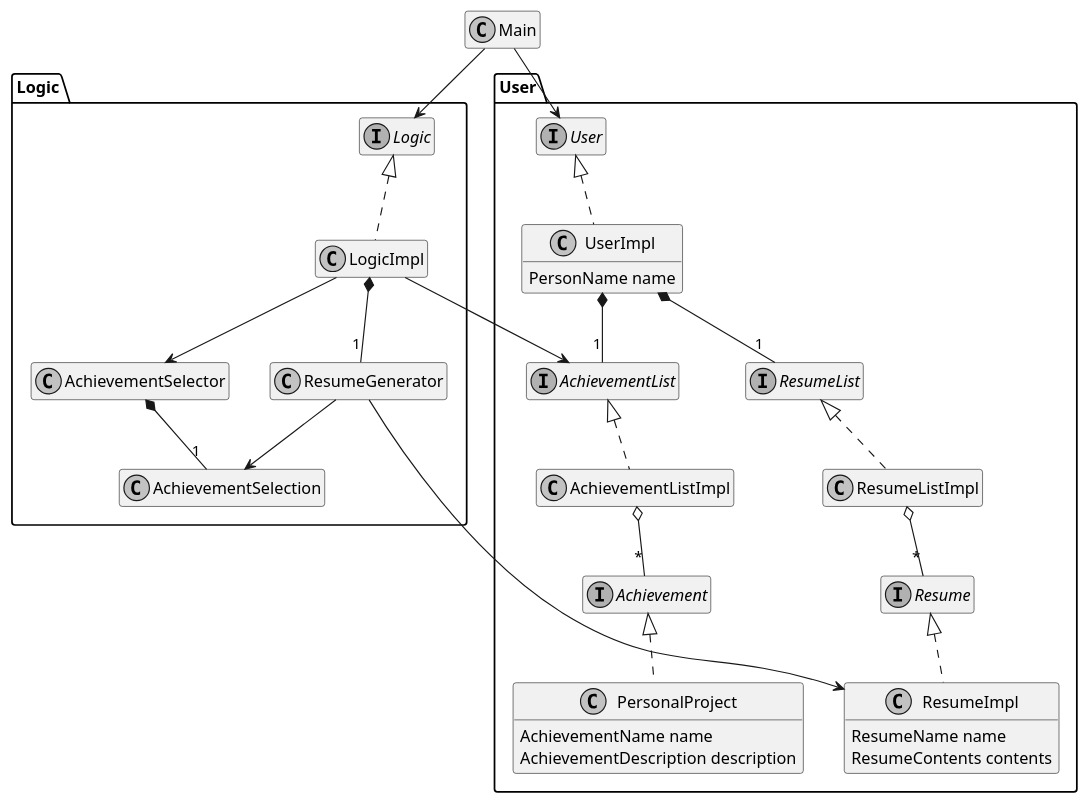
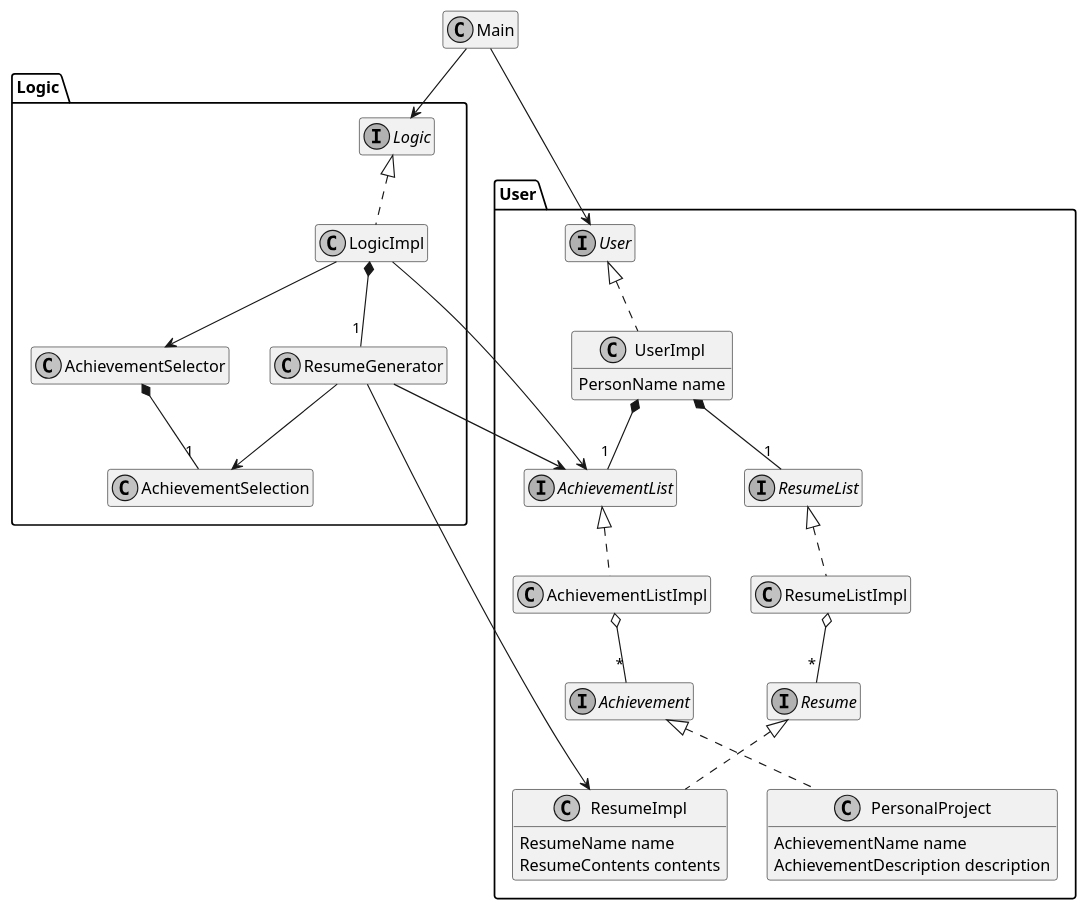
One commit to marckysan/ResuMe changed the diagram in docs/diagrams/BackendClassDiagram.puml. Above: the diagram before and after it, drawn with PlantUML. The commit also changed 8 other files, not shown here.

Commit message:
Implement getters for AchievementList

```diff
--- a/docs/diagrams/BackendClassDiagram.puml
+++ b/docs/diagrams/BackendClassDiagram.puml
@@ -1,63 +1,64 @@
 @startuml
 
 skinparam monochrome true
 hide empty members
 
 class Main
 Main --> Logic.Logic
 Main --> User.User
 
 namespace Logic {
 
 interface Logic
 class LogicImpl
 Logic <|.. LogicImpl
 
 class ResumeGenerator
 class AchievementSelector
 LogicImpl *-- "1" ResumeGenerator
 LogicImpl --> AchievementSelector
 LogicImpl --> User.AchievementList
 
 class AchievementSelection
 AchievementSelector *-- "1" AchievementSelection
 
 ResumeGenerator --> AchievementSelection
 ResumeGenerator --> User.ResumeImpl
+ResumeGenerator --> User.AchievementList
 }
 
 namespace User {
 
 interface User
 class UserImpl {
     PersonName name
 }
 User <|.. UserImpl
 UserImpl *-- "1" AchievementList
 UserImpl *-- "1" ResumeList
 
 interface Achievement
 class PersonalProject {
     AchievementName name
     AchievementDescription description
 }
 interface AchievementList
 class AchievementListImpl
 Achievement <|.. PersonalProject
 AchievementList <|.. AchievementListImpl
 AchievementListImpl o-- "*" Achievement
 
 interface Resume
 class ResumeImpl {
     ResumeName name
     ResumeContents contents
 }
 interface ResumeList
 class ResumeListImpl
 Resume <|.. ResumeImpl
 ResumeList <|.. ResumeListImpl
 ResumeListImpl o-- "*" Resume
 
 }
 
 @enduml
```
